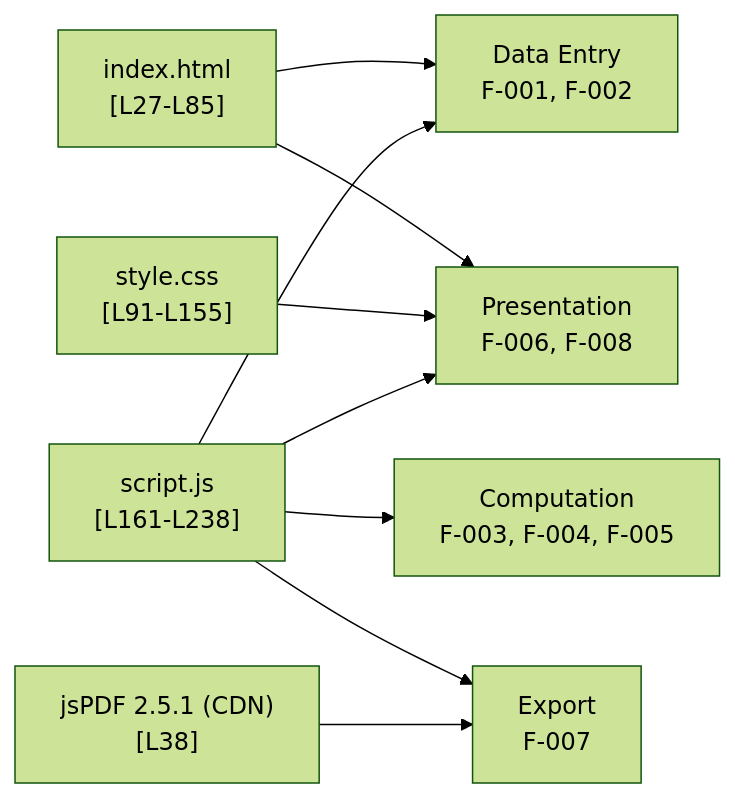
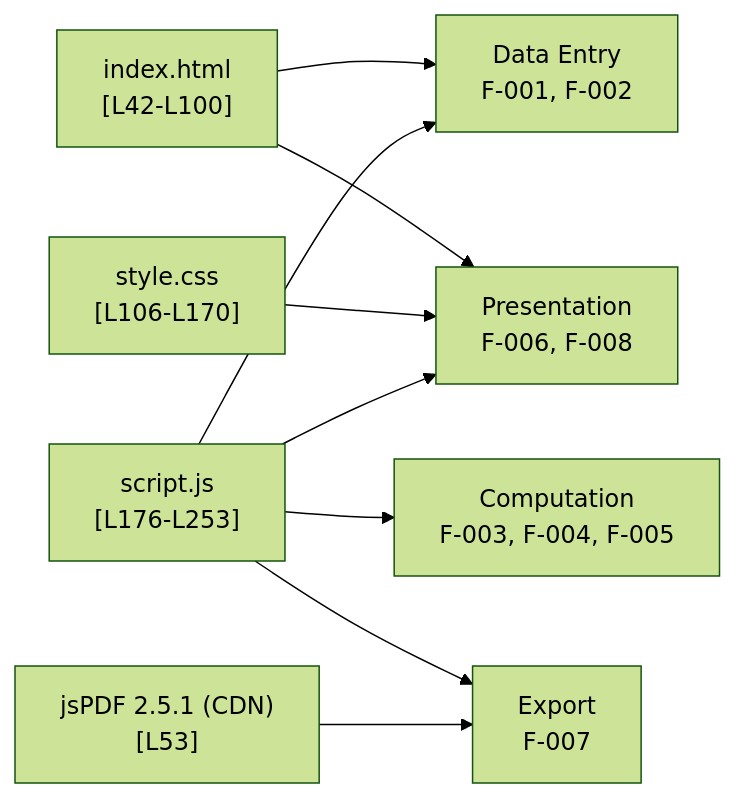
One commit to ajitblitzy/Student_Mngt_09-Jun-2026 changed the diagram in docs/index.md. Above: the diagram before and after it, drawn with Mermaid (forest theme). The commit also changed other lines of this file and 17 other files, not shown here.

````diff
--- a/docs/index.md
+++ b/docs/index.md
@@ -58,16 +58,16 @@
 ```mermaid
 flowchart LR
-    HTML["index.html<br/>[L27-L85]"]
-    CSS["style.css<br/>[L91-L155]"]
-    JS["script.js<br/>[L161-L238]"]
-    DEP["jsPDF 2.5.1 (CDN)<br/>[L38]"]
+    HTML["index.html<br/>[L42-L100]"]
+    CSS["style.css<br/>[L106-L170]"]
+    JS["script.js<br/>[L176-L253]"]
+    DEP["jsPDF 2.5.1 (CDN)<br/>[L53]"]
 
     HTML --> DE["Data Entry<br/>F-001, F-002"]
     JS --> DE
     JS --> CO["Computation<br/>F-003, F-004, F-005"]
     HTML --> PR["Presentation<br/>F-006, F-008"]
     CSS --> PR
     JS --> PR
     JS --> EX["Export<br/>F-007"]
     DEP --> EX
 ```
````
